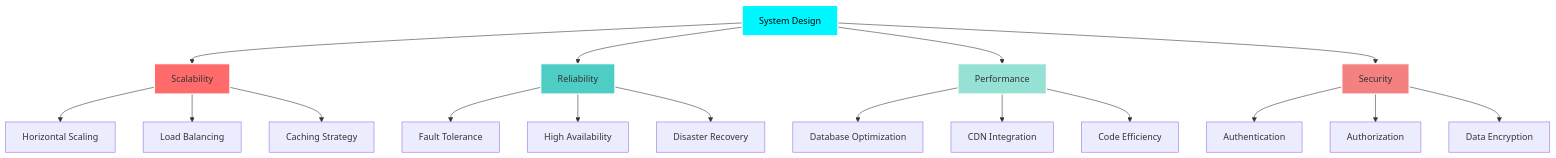
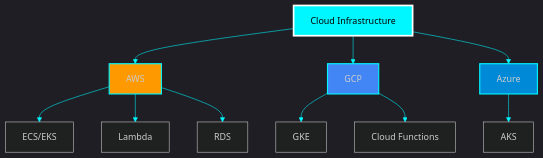
One commit to peashdasrudra/peashdasrudra changed the second of 4 diagrams in README.md. Above: the diagram before and after it, drawn with Mermaid. The commit also changed other lines of this file, not shown here.

````diff
--- a/README.md
+++ b/README.md
@@ -195,29 +177,17 @@
 ```mermaid
+%%{init: {'theme':'dark', 'themeVariables': { 'primaryColor':'#00F7FF','primaryTextColor':'#fff','primaryBorderColor':'#00F7FF','lineColor':'#00F7FF'}}}%%
 graph TB
-    A[System Design] --> B[Scalability]
-    A --> C[Reliability]
-    A --> D[Performance]
-    A --> E[Security]
-    
-    B --> B1[Horizontal Scaling]
-    B --> B2[Load Balancing]
-    B --> B3[Caching Strategy]
-    
-    C --> C1[Fault Tolerance]
-    C --> C2[High Availability]
-    C --> C3[Disaster Recovery]
-    
-    D --> D1[Database Optimization]
-    D --> D2[CDN Integration]
-    D --> D3[Code Efficiency]
-    
-    E --> E1[Authentication]
-    E --> E2[Authorization]
-    E --> E3[Data Encryption]
-    
-    style A fill:#00F7FF,stroke:#fff,stroke-width:2px,color:#000
-    style B fill:#FF6B6B,stroke:#fff,stroke-width:2px
-    style C fill:#4ECDC4,stroke:#fff,stroke-width:2px
-    style D fill:#95E1D3,stroke:#fff,stroke-width:2px
-    style E fill:#F38181,stroke:#fff,stroke-width:2px
+    A[Cloud Infrastructure] --> B[AWS]
+    A --> C[GCP]
+    A --> D[Azure]
+    B --> E[ECS/EKS]
+    B --> F[Lambda]
+    B --> G[RDS]
+    C --> H[GKE]
+    C --> I[Cloud Functions]
+    D --> J[AKS]
+    style A fill:#00F7FF,stroke:#fff,stroke-width:3px,color:#000
+    style B fill:#FF9900,stroke:#00F7FF,stroke-width:2px
+    style C fill:#4285F4,stroke:#00F7FF,stroke-width:2px
+    style D fill:#0089D6,stroke:#00F7FF,stroke-width:2px
 ```
````
